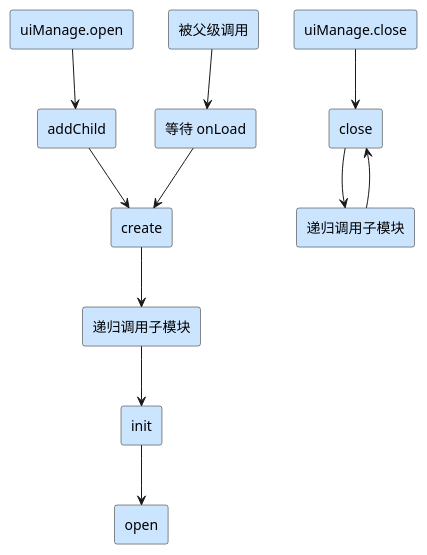
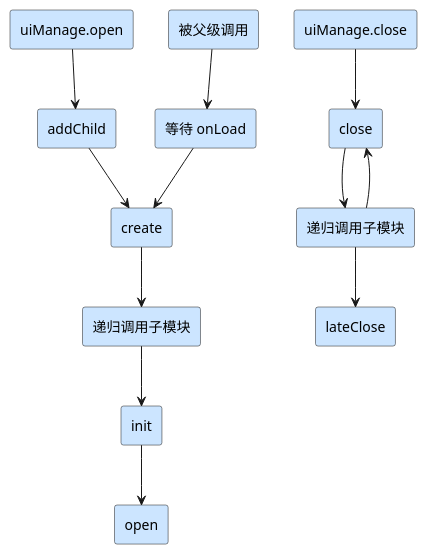
Before and after one commit to 1226085293/MKFrameworkDocs: the diagram in contents/docs/module/module/ui/life-cycle/index.mdx, drawn with PlantUML. The commit also changed other lines of this file, not shown here.

````diff
--- a/contents/docs/module/module/ui/life-cycle/index.mdx
+++ b/contents/docs/module/module/ui/life-cycle/index.mdx
@@ -17,34 +17,36 @@
 ```plantuml
 @startuml
 <style>
 rectangle {
   BackgroundColor #CCE5FF
   BorderColor black
 }
 </style>
 
 rectangle "uiManage.open" as n1
 rectangle "等待 onLoad" as n2
 rectangle "create" as n3
 rectangle "递归调用子模块" as n6
 rectangle "init" as n4
 rectangle "open" as n5
 rectangle "addChild" as n7
 rectangle "被父级调用" as n8
 rectangle "uiManage.close" as n9
 rectangle "close" as n10
 rectangle "递归调用子模块" as n11
+rectangle "lateClose" as n12
 
 n1 --> n7
 n7 --> n3
 n3 --> n6
 n6 --> n4
 n4 --> n5
 n8 --> n2
 n2 --> n3
 
 n9 --> n10
 n10 --> n11
 n11 --> n10
+n11 --> n12
 @enduml
 ```
````
